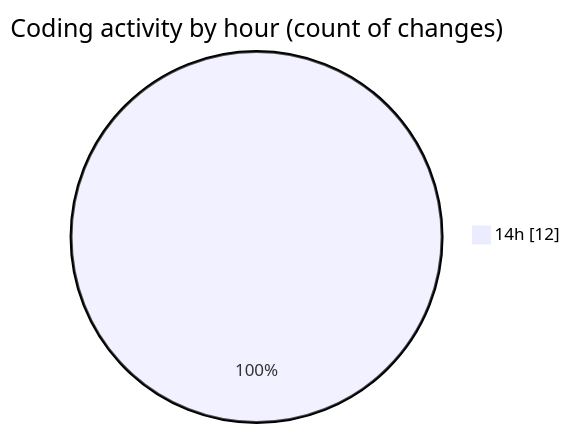
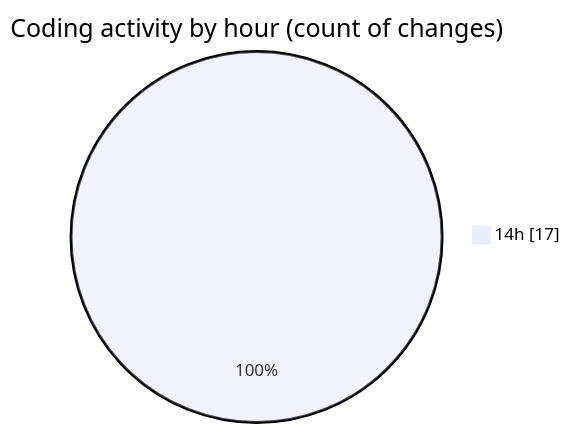
One commit to donsfak/code-tracking changed the second of 2 diagrams in 2025-04-10/trackers_app/README.md. Above: the diagram before and after it, drawn with Mermaid. The commit also changed other lines of this file and 1 other file, not shown here.

````diff
--- a/2025-04-10/trackers_app/README.md
+++ b/2025-04-10/trackers_app/README.md
@@ -32,5 +33,5 @@
 ```mermaid
 pie showData
 title Coding activity by hour (count of changes)
-"14h" : 12
+"14h" : 17
 ```
````
